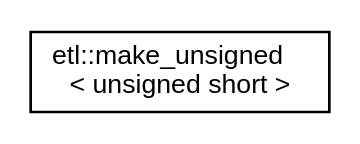
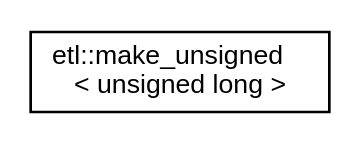
One commit to tobanteAudio/taetl changed the diagram in inherit_graph_55.dot. Above: the diagram before and after it, drawn with Graphviz. The commit also changed 162 other files, not shown here.

```diff
--- a/inherit_graph_55.dot
+++ b/inherit_graph_55.dot
@@ -1,7 +1,7 @@
 digraph "Graphical Class Hierarchy"
 {
   edge [fontname="Helvetica",fontsize="10",labelfontname="Helvetica",labelfontsize="10"];
   node [fontname="Helvetica",fontsize="10",shape=record];
   rankdir="LR";
-  Node0 [label="etl::make_unsigned\l\< unsigned short \>",height=0.2,width=0.4,color="black", fillcolor="white", style="filled",URL="$structetl_1_1make__unsigned_3_01unsigned_01short_01_4.html"];
+  Node0 [label="etl::make_unsigned\l\< unsigned long \>",height=0.2,width=0.4,color="black", fillcolor="white", style="filled",URL="$structetl_1_1make__unsigned_3_01unsigned_01long_01_4.html"];
 }
```
